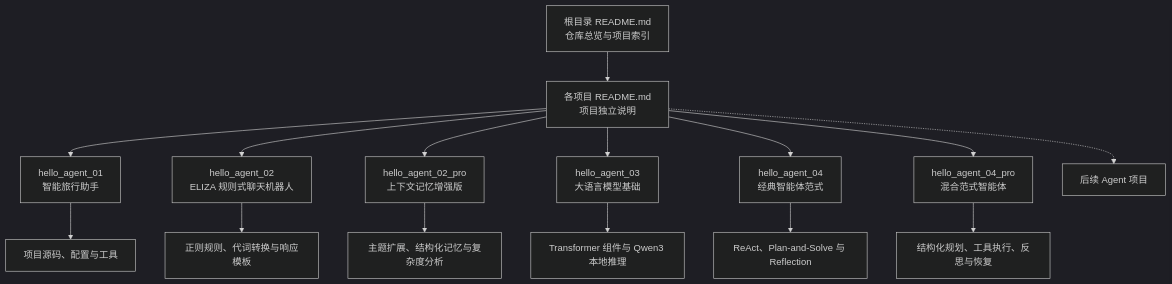
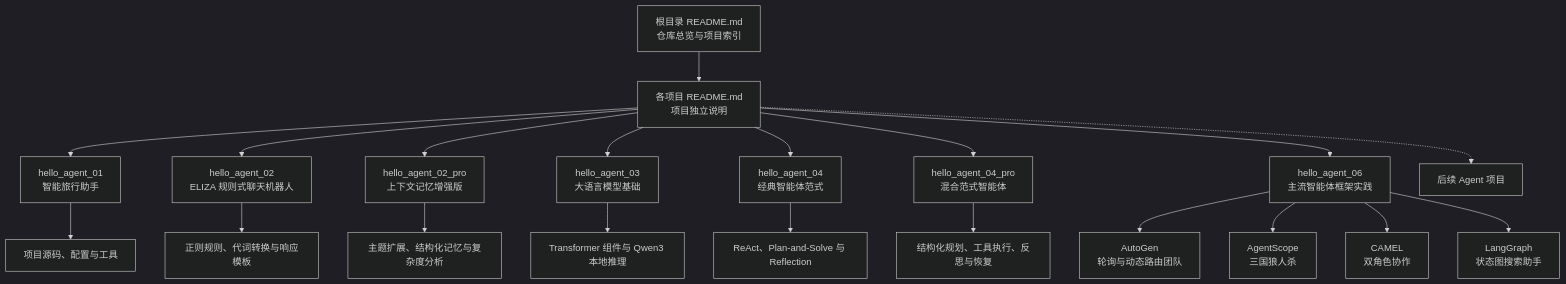
The diagram in README.md (structkk/agent_code), drawn with Mermaid (dark theme) before and after one commit. The commit also changed other lines of this file and 21 other files, not shown here.

````diff
--- a/README.md
+++ b/README.md
@@ -43,17 +44,22 @@
 ```mermaid
 flowchart TD
     R["根目录 README.md<br/>仓库总览与项目索引"] --> D["各项目 README.md<br/>项目独立说明"]
     D --> P1["hello_agent_01<br/>智能旅行助手"]
     P1 --> C["项目源码、配置与工具"]
     D --> P2["hello_agent_02<br/>ELIZA 规则式聊天机器人"]
     P2 --> R2["正则规则、代词转换与响应模板"]
     D --> P2P["hello_agent_02_pro<br/>上下文记忆增强版"]
     P2P --> R2P["主题扩展、结构化记忆与复杂度分析"]
     D --> P3["hello_agent_03<br/>大语言模型基础"]
     P3 --> R3["Transformer 组件与 Qwen3 本地推理"]
     D --> P4["hello_agent_04<br/>经典智能体范式"]
     P4 --> R4["ReAct、Plan-and-Solve 与 Reflection"]
     D --> P4P["hello_agent_04_pro<br/>混合范式智能体"]
     P4P --> R4P["结构化规划、工具执行、反思与恢复"]
+    D --> P6["hello_agent_06<br/>主流智能体框架实践"]
+    P6 --> A6["AutoGen<br/>轮询与动态路由团队"]
+    P6 --> S6["AgentScope<br/>三国狼人杀"]
+    P6 --> C6["CAMEL<br/>双角色协作"]
+    P6 --> L6["LangGraph<br/>状态图搜索助手"]
     D -.-> PN["后续 Agent 项目"]
 ```
````
